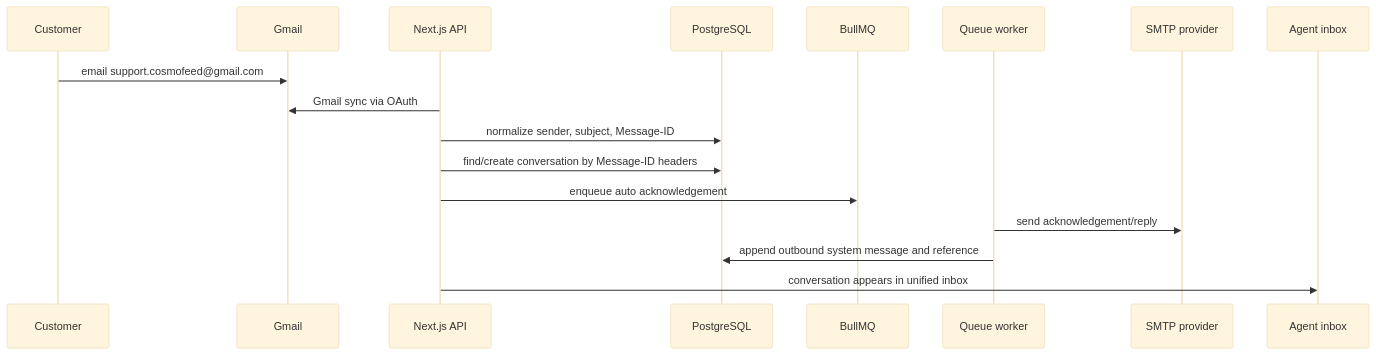
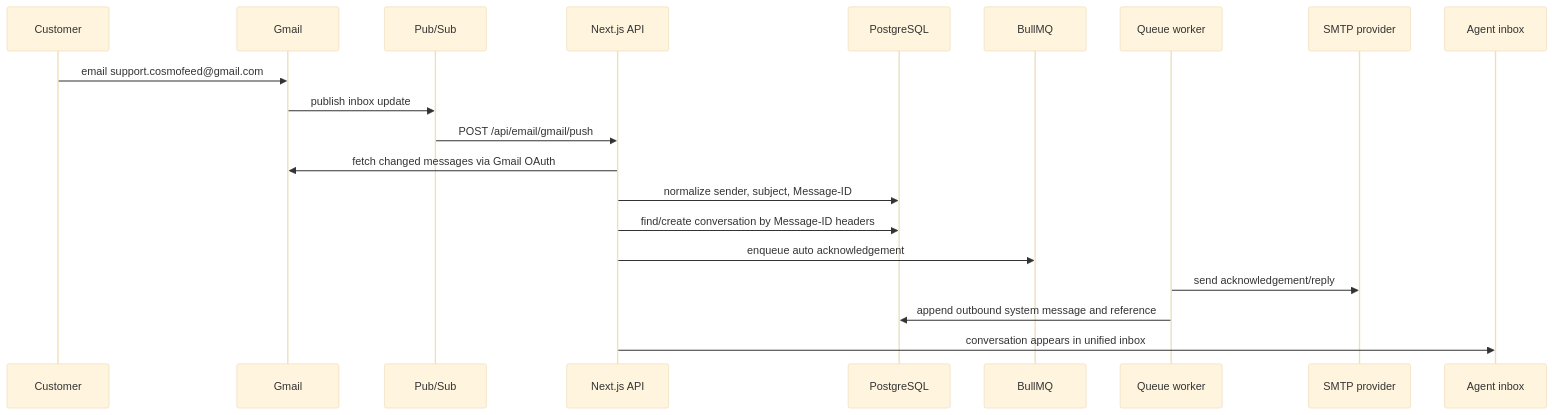
The tenth of 11 diagrams in README.md (swaritpatel/CustomerCommunicationPortal), drawn with Mermaid (base theme) before and after one commit. The commit also changed other lines of this file and 2 other files, not shown here.

Commit message:
Added Pub Sub For Gmail

````diff
--- a/README.md
+++ b/README.md
@@ -519,20 +576,23 @@
 ```mermaid
 sequenceDiagram
   participant C as Customer
   participant G as Gmail
+  participant P as Pub/Sub
   participant API as Next.js API
   participant DB as PostgreSQL
   participant Q as BullMQ
   participant W as Queue worker
   participant SMTP as SMTP provider
   participant A as Agent inbox
 
   C->>G: email support.cosmofeed@gmail.com
-  API->>G: Gmail sync via OAuth
+  G->>P: publish inbox update
+  P->>API: POST /api/email/gmail/push
+  API->>G: fetch changed messages via Gmail OAuth
   API->>DB: normalize sender, subject, Message-ID
   API->>DB: find/create conversation by Message-ID headers
   API->>Q: enqueue auto acknowledgement
   W->>SMTP: send acknowledgement/reply
   W->>DB: append outbound system message and reference
   API->>A: conversation appears in unified inbox
 ```
````
